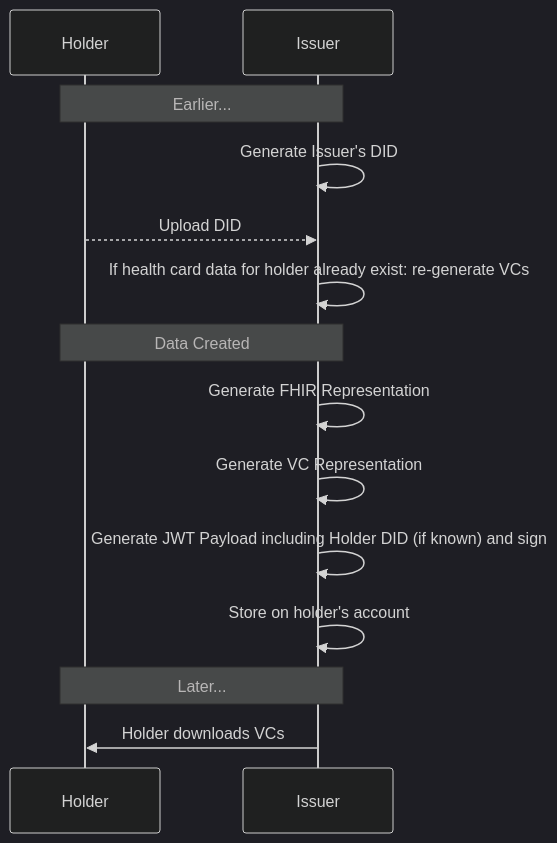
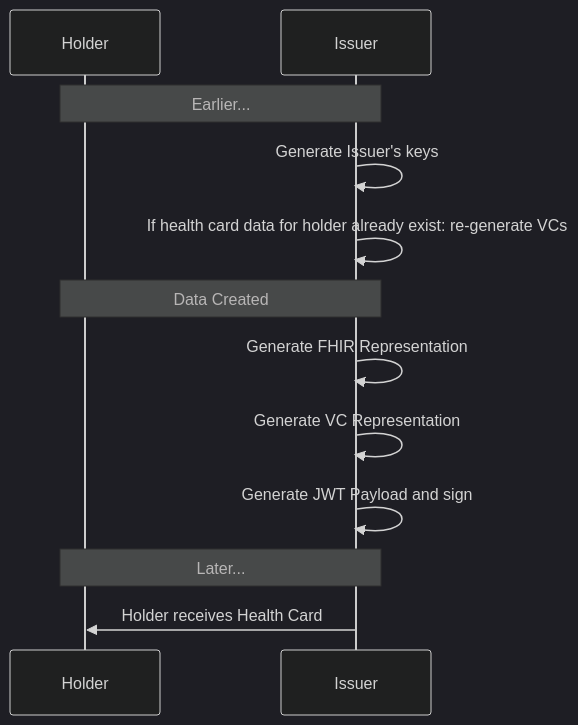
The diagram in docs/index.md (smart-on-fhir/health-cards), drawn with Mermaid (dark theme) before and after one commit. The commit also changed other lines of this file and 1 other file, not shown here.

First line of the commit message:
Simplify API Surface Area for the Health Cards Spec (removing DID, SIOP) (#64)

````diff
--- a/docs/index.md
+++ b/docs/index.md
@@ -401,19 +152,17 @@
 ```mermaid
 sequenceDiagram
 participant Holder
 participant Issuer
 
 note over Holder, Issuer: Earlier...
-Issuer ->> Issuer: Generate Issuer's DID
-Holder -->> Issuer:  Upload DID
+Issuer ->> Issuer: Generate Issuer's keys
 Issuer ->> Issuer: If health card data for holder already exist: re-generate VCs
 
 note over Issuer, Holder: Data Created
 Issuer ->> Issuer: Generate FHIR Representation
 Issuer ->> Issuer: Generate VC Representation
-Issuer ->> Issuer: Generate JWT Payload including Holder DID (if known) and sign
-Issuer ->> Issuer: Store on holder's account
+Issuer ->> Issuer: Generate JWT Payload and sign
 
 note over Issuer, Holder: Later...
-Issuer ->> Holder: Holder downloads VCs
+Issuer ->> Holder: Holder receives Health Card
 ```
````
